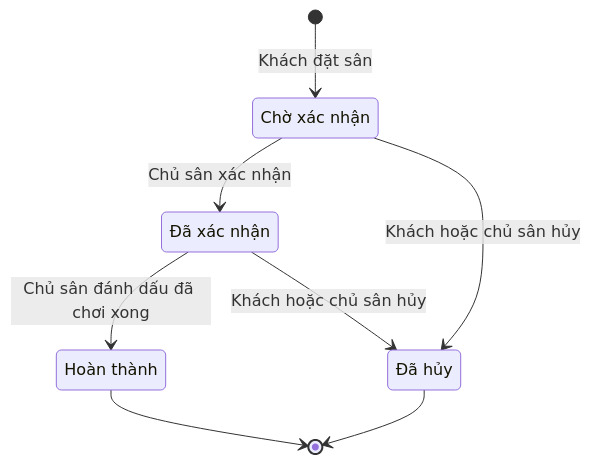
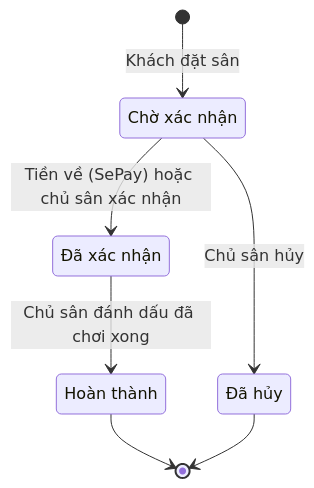
Before and after one commit to dinhngochuy2909/DoAnTotNghiep: the diagram in docs/diagrams/nguon/trang-thai-don-dat.mmd, drawn with Mermaid. The commit also changed 13 other files, not shown here.

Commit message:
Update the documents and diagrams for SePay payment confirmation

```diff
--- a/docs/diagrams/nguon/trang-thai-don-dat.mmd
+++ b/docs/diagrams/nguon/trang-thai-don-dat.mmd
@@ -1,13 +1,12 @@
 stateDiagram-v2
   direction TB
   [*] --> ChoXacNhan : Khách đặt sân
   ChoXacNhan : Chờ xác nhận
   DaXacNhan : Đã xác nhận
   HoanThanh : Hoàn thành
   DaHuy : Đã hủy
-  ChoXacNhan --> DaXacNhan : Chủ sân xác nhận
-  ChoXacNhan --> DaHuy : Khách hoặc chủ sân hủy
+  ChoXacNhan --> DaXacNhan : Tiền về (SePay) hoặc chủ sân xác nhận
+  ChoXacNhan --> DaHuy : Chủ sân hủy
   DaXacNhan --> HoanThanh : Chủ sân đánh dấu đã chơi xong
-  DaXacNhan --> DaHuy : Khách hoặc chủ sân hủy
-  HoanThanh --> [*]
+    HoanThanh --> [*]
   DaHuy --> [*]
```
